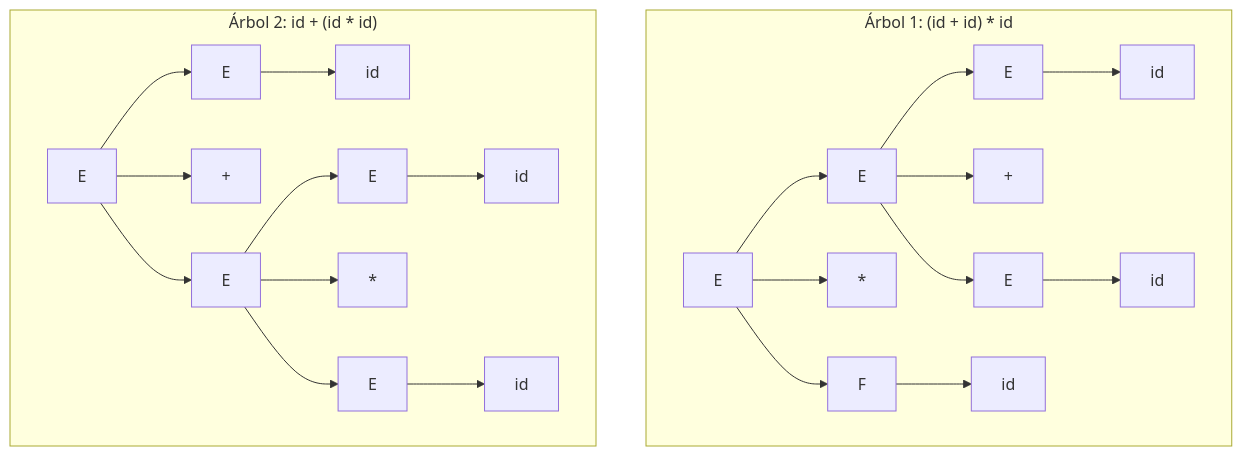
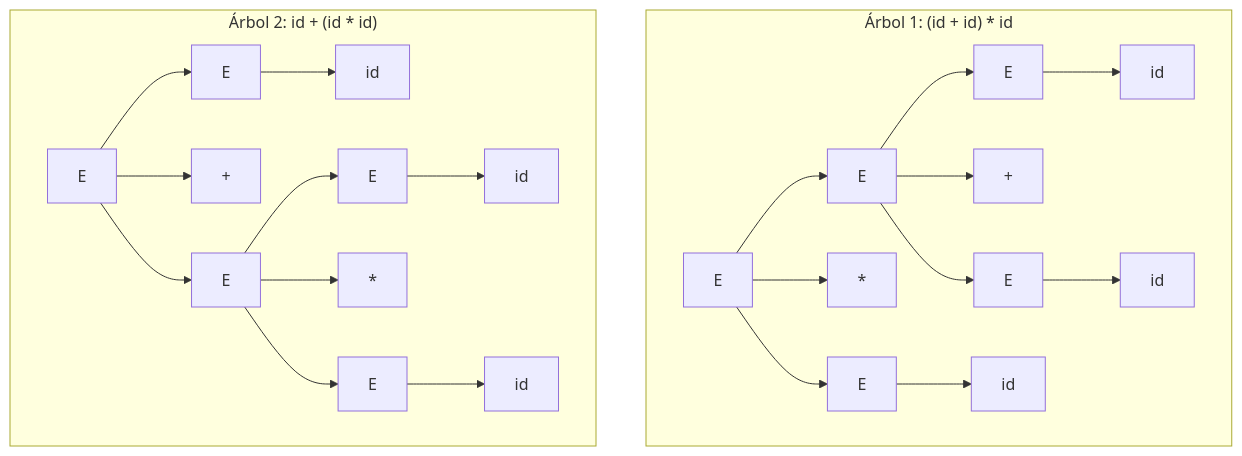
One commit to djaimej/computer-science-template changed the third of 3 diagrams in public/documents/semester-4/1/4119.md. Above: the diagram before and after it, drawn with Mermaid. The commit also changed other lines of this file and 8 other files, not shown here.

````diff
--- a/public/documents/semester-4/1/4119.md
+++ b/public/documents/semester-4/1/4119.md
@@ -103,26 +83,25 @@
 ```mermaid
 graph TD
     subgraph "Árbol 1: (id + id) * id"
-        E1[E] --> E2[E];
-        E1 --> Mult[*];
-        E1 --> F1[F];
-        E2 --> E3[E];
-        E2 --> Plus[+];
-        E2 --> E4[E];
-        E3 --> id1[id];
-        E4 --> id2[id];
-        F1 --> id3[id];
+        A1[E] --> A2[E]
+        A1 --> AM["*"]
+        A1 --> A3[E]
+        A2 --> A4[E]
+        A2 --> AP["+"]
+        A2 --> A5[E]
+        A4 --> AI1[id]
+        A5 --> AI2[id]
+        A3 --> AI3[id]
     end
-
     subgraph "Árbol 2: id + (id * id)"
-        E5[E] --> E6[E];
-        E5 --> Plus2[+];
-        E5 --> E7[E];
-        E6 --> id4[id];
-        E7 --> E8[E];
-        E7 --> Mult2[*];
-        E7 --> E9[E];
-        E8 --> id5[id];
-        E9 --> id6[id];
+        B1[E] --> B2[E]
+        B1 --> BP["+"]
+        B1 --> B3[E]
+        B2 --> BI1[id]
+        B3 --> B4[E]
+        B3 --> BM["*"]
+        B3 --> B5[E]
+        B4 --> BI2[id]
+        B5 --> BI3[id]
     end
 ```
````
